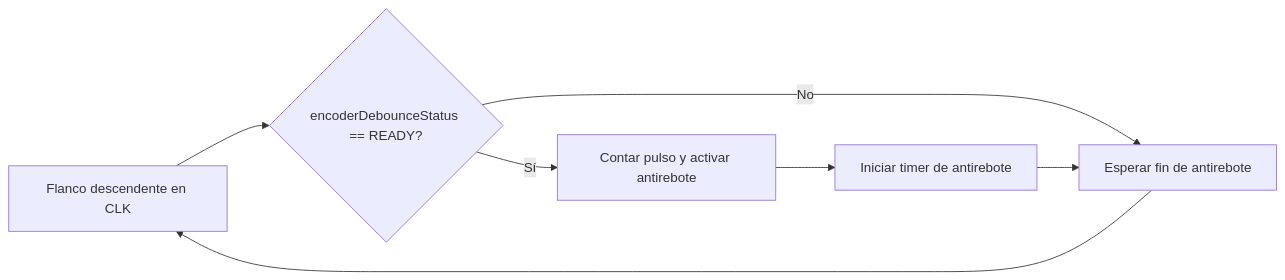
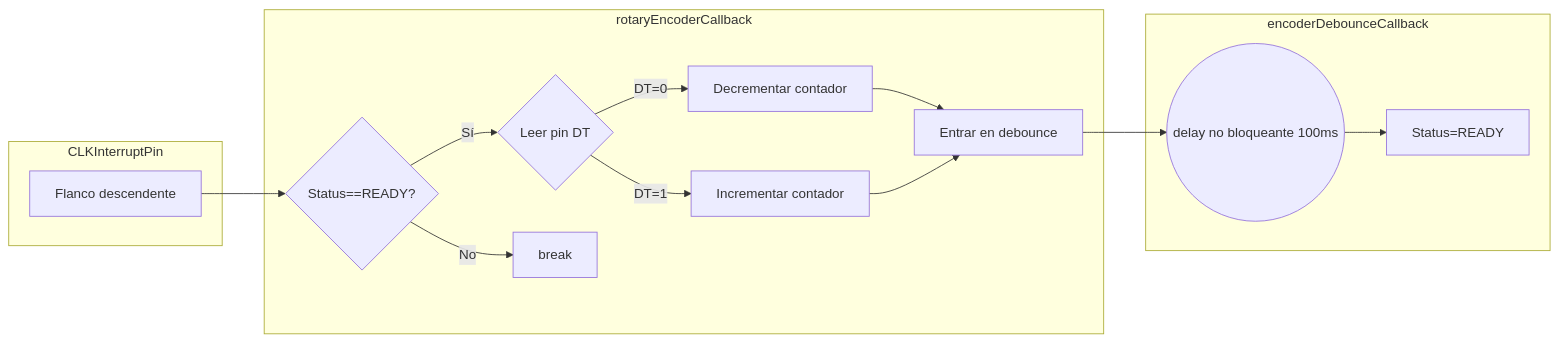
One commit to ianlesni/TPn1 changed the sixth of 7 diagrams in Memoria del Trabajo Final .md. Above: the diagram before and after it, drawn with Mermaid. The commit also changed other lines of this file, not shown here.

Commit message:
Update Memoria del Trabajo Final .md

````diff
--- a/Memoria del Trabajo Final .md
+++ b/Memoria del Trabajo Final .md
@@ -662,9 +662,21 @@
 ```mermaid
 flowchart LR
-    A[Flanco descendente en CLK] --> B{encoderDebounceStatus == READY?}
-    B -- Sí --> C[Contar pulso y activar antirebote]
-    C --> D[Iniciar timer de antirebote]
-    B -- No --> E[Esperar fin de antirebote]
-    D --> E
-    E --> A
+    subgraph CLKInterruptPin
+        z[Flanco descendente] 
+    end
+        z--> A
+    subgraph rotaryEncoderCallback
+        A{Status==READY?} --Sí -->  C{Leer pin DT}
+        A{Status==READY?} --No --> v[break]
+        C --> |DT=0| D[Decrementar contador]
+        C --> |DT=1| E[Incrementar contador]
+        D --> F[Entrar en debounce]
+        E --> F[Entrar en debounce]
+   
+    end
+     F --> y
+    subgraph encoderDebounceCallback
+        y((delay no bloqueante 100ms))
+        y --> x[Status=READY]
+    end
 ```
````
